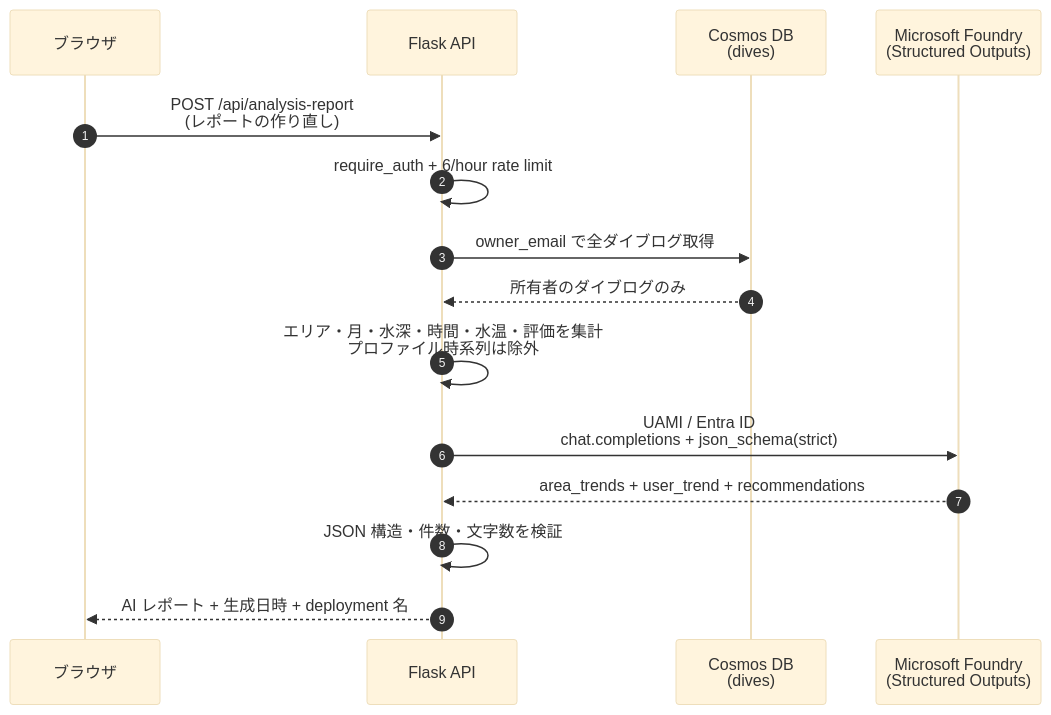
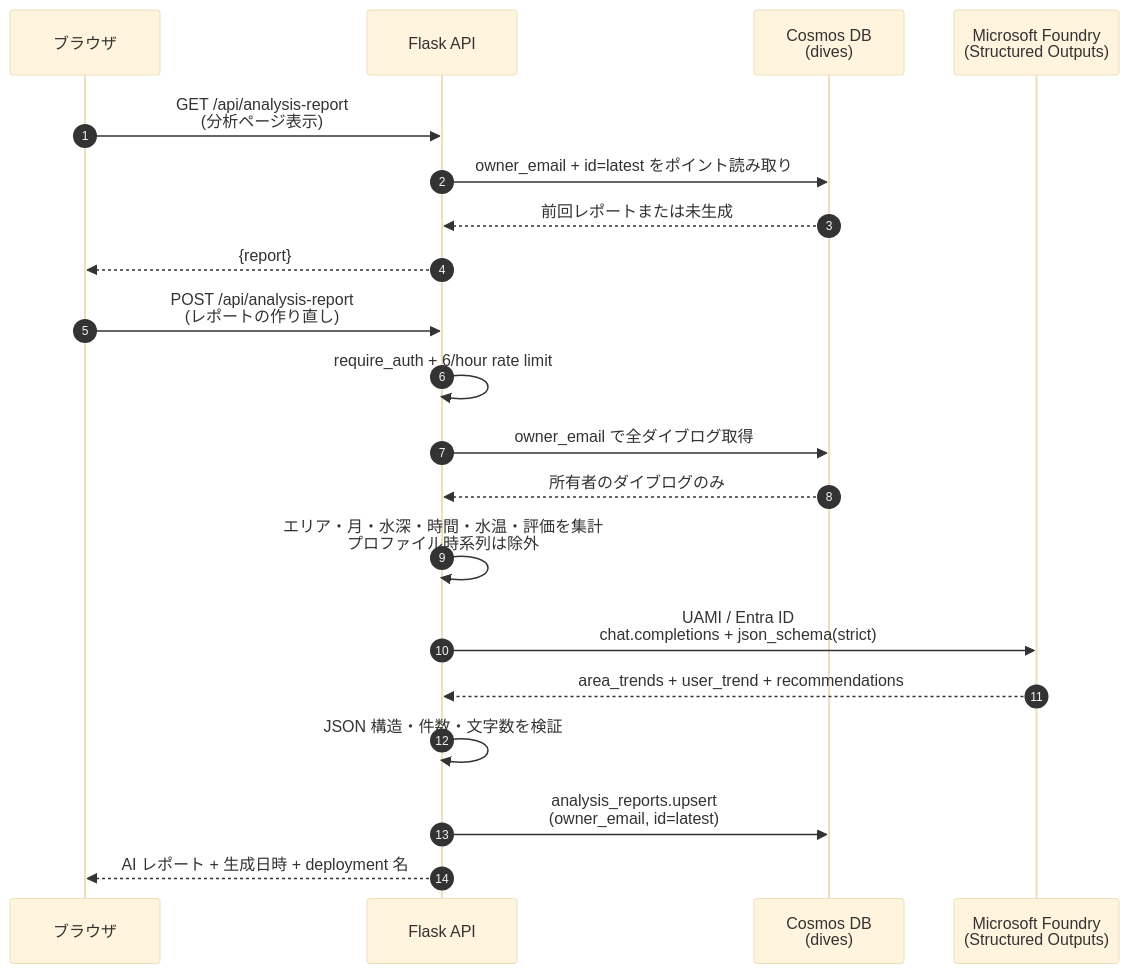
The third of 4 diagrams in docs/architecture.md (mahya8585/divelog), drawn with Mermaid (base theme) before and after one commit. The commit also changed other lines of this file and 16 other files, not shown here.

First line of the commit message:
feat: Add analysis report functionality and update deployment configurations

````diff
--- a/docs/architecture.md
+++ b/docs/architecture.md
@@ -109,18 +109,24 @@
 ```mermaid
 sequenceDiagram
     autonumber
     participant U as ブラウザ
     participant API as Flask API
     participant COS as Cosmos DB<br/>(dives)
     participant F as Microsoft Foundry<br/>(Structured Outputs)
+
+    U->>API: GET /api/analysis-report<br/>(分析ページ表示)
+    API->>COS: owner_email + id=latest をポイント読み取り
+    COS-->>API: 前回レポートまたは未生成
+    API-->>U: {report}
 
     U->>API: POST /api/analysis-report<br/>(レポートの作り直し)
     API->>API: require_auth + 6/hour rate limit
     API->>COS: owner_email で全ダイブログ取得
     COS-->>API: 所有者のダイブログのみ
     API->>API: エリア・月・水深・時間・水温・評価を集計<br/>プロファイル時系列は除外
     API->>F: UAMI / Entra ID<br/>chat.completions + json_schema(strict)
     F-->>API: area_trends + user_trend + recommendations
     API->>API: JSON 構造・件数・文字数を検証
+    API->>COS: analysis_reports.upsert<br/>(owner_email, id=latest)
     API-->>U: AI レポート + 生成日時 + deployment 名
 ```
````
